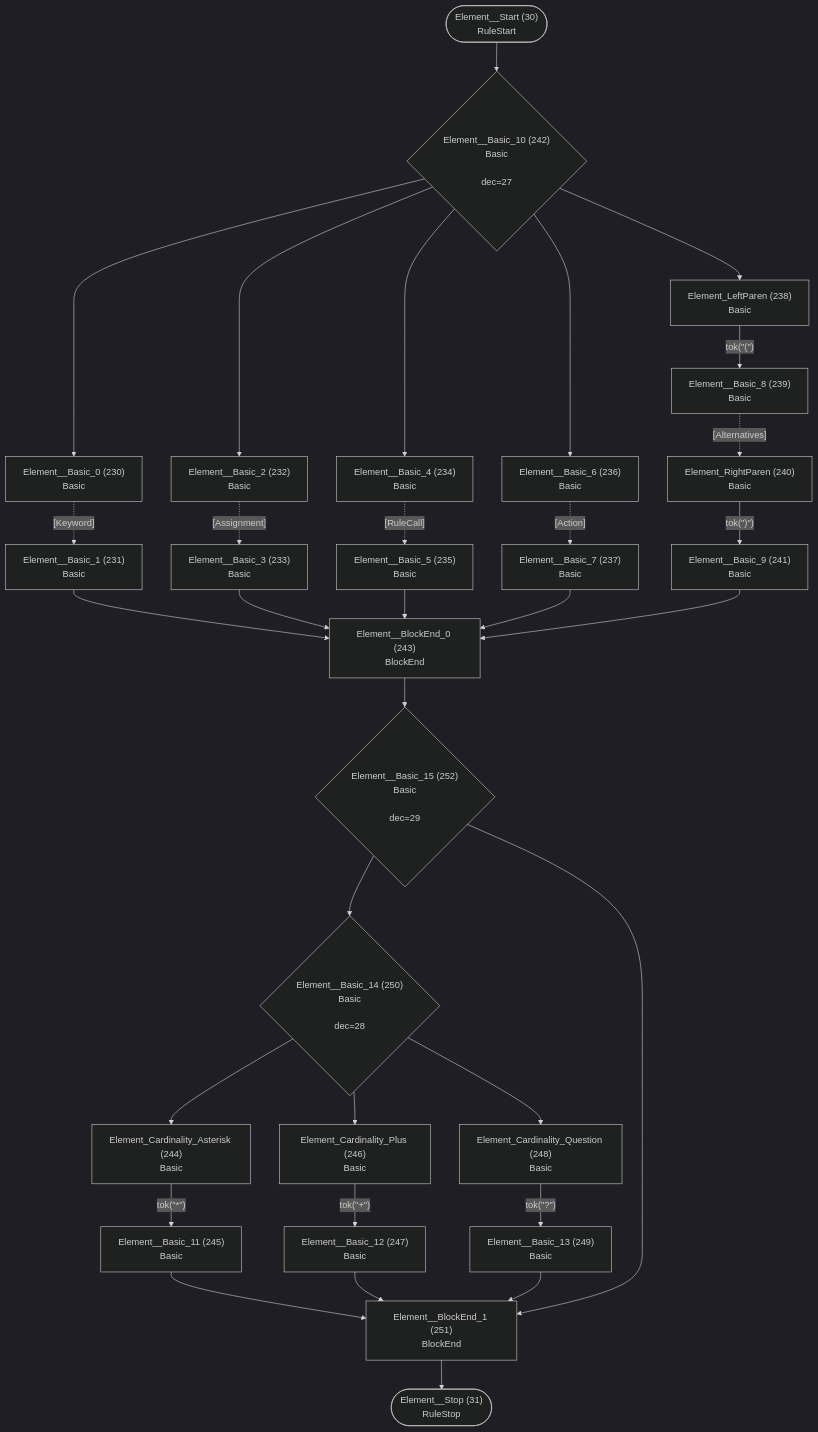
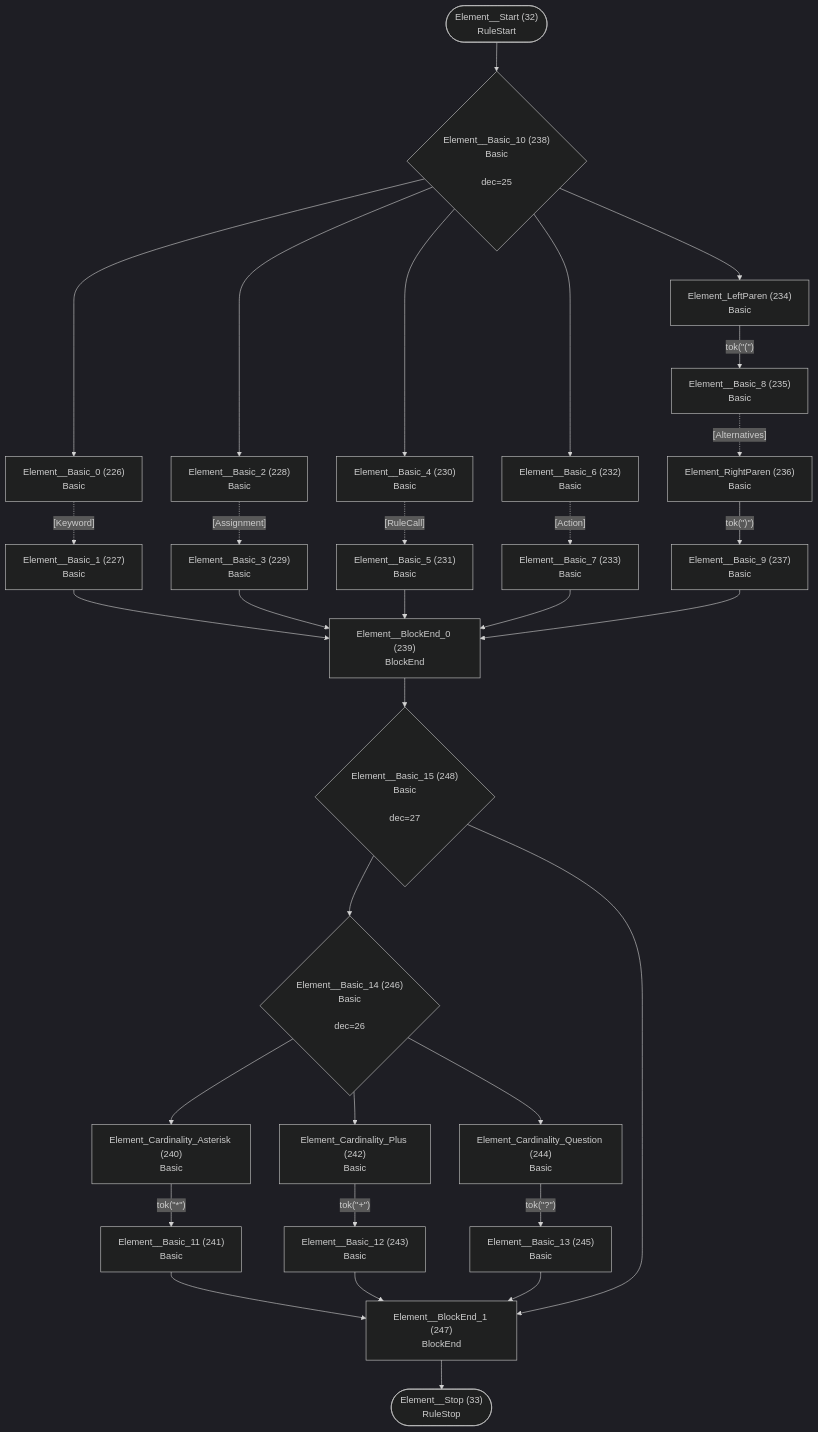
Before and after one commit to TypeFox/fastbelt: diagram 17 of 29 in internal/grammar/atn.md, drawn with Mermaid (dark theme). The commit also changed other lines of this file and 13 other files, not shown here.

````diff
--- a/internal/grammar/atn.md
+++ b/internal/grammar/atn.md
@@ -540,60 +535,60 @@
 ```mermaid
 flowchart TD
-    q30(["Element__Start (30)<br/>RuleStart"])
-    q31(["Element__Stop (31)<br/>RuleStop"])
-    q230["Element__Basic_0 (230)<br/>Basic<br/>"]
-    q231["Element__Basic_1 (231)<br/>Basic<br/>"]
-    q232["Element__Basic_2 (232)<br/>Basic<br/>"]
-    q233["Element__Basic_3 (233)<br/>Basic<br/>"]
-    q234["Element__Basic_4 (234)<br/>Basic<br/>"]
-    q235["Element__Basic_5 (235)<br/>Basic<br/>"]
-    q236["Element__Basic_6 (236)<br/>Basic<br/>"]
-    q237["Element__Basic_7 (237)<br/>Basic<br/>"]
-    q238["Element_LeftParen (238)<br/>Basic<br/>"]
-    q239["Element__Basic_8 (239)<br/>Basic<br/>"]
-    q240["Element_RightParen (240)<br/>Basic<br/>"]
-    q241["Element__Basic_9 (241)<br/>Basic<br/>"]
-    q242{"Element__Basic_10 (242)<br/>Basic<br/><br/>dec=27"}
-    q243["Element__BlockEnd_0 (243)<br/>BlockEnd<br/>"]
-    q244["Element_Cardinality_Asterisk (244)<br/>Basic<br/>"]
-    q245["Element__Basic_11 (245)<br/>Basic<br/>"]
-    q246["Element_Cardinality_Plus (246)<br/>Basic<br/>"]
-    q247["Element__Basic_12 (247)<br/>Basic<br/>"]
-    q248["Element_Cardinality_Question (248)<br/>Basic<br/>"]
-    q249["Element__Basic_13 (249)<br/>Basic<br/>"]
-    q250{"Element__Basic_14 (250)<br/>Basic<br/><br/>dec=28"}
-    q251["Element__BlockEnd_1 (251)<br/>BlockEnd<br/>"]
-    q252{"Element__Basic_15 (252)<br/>Basic<br/><br/>dec=29"}
+    q32(["Element__Start (32)<br/>RuleStart"])
+    q33(["Element__Stop (33)<br/>RuleStop"])
+    q226["Element__Basic_0 (226)<br/>Basic<br/>"]
+    q227["Element__Basic_1 (227)<br/>Basic<br/>"]
+    q228["Element__Basic_2 (228)<br/>Basic<br/>"]
+    q229["Element__Basic_3 (229)<br/>Basic<br/>"]
+    q230["Element__Basic_4 (230)<br/>Basic<br/>"]
+    q231["Element__Basic_5 (231)<br/>Basic<br/>"]
+    q232["Element__Basic_6 (232)<br/>Basic<br/>"]
+    q233["Element__Basic_7 (233)<br/>Basic<br/>"]
+    q234["Element_LeftParen (234)<br/>Basic<br/>"]
+    q235["Element__Basic_8 (235)<br/>Basic<br/>"]
+    q236["Element_RightParen (236)<br/>Basic<br/>"]
+    q237["Element__Basic_9 (237)<br/>Basic<br/>"]
+    q238{"Element__Basic_10 (238)<br/>Basic<br/><br/>dec=25"}
+    q239["Element__BlockEnd_0 (239)<br/>BlockEnd<br/>"]
+    q240["Element_Cardinality_Asterisk (240)<br/>Basic<br/>"]
+    q241["Element__Basic_11 (241)<br/>Basic<br/>"]
+    q242["Element_Cardinality_Plus (242)<br/>Basic<br/>"]
+    q243["Element__Basic_12 (243)<br/>Basic<br/>"]
+    q244["Element_Cardinality_Question (244)<br/>Basic<br/>"]
+    q245["Element__Basic_13 (245)<br/>Basic<br/>"]
+    q246{"Element__Basic_14 (246)<br/>Basic<br/><br/>dec=26"}
+    q247["Element__BlockEnd_1 (247)<br/>BlockEnd<br/>"]
+    q248{"Element__Basic_15 (248)<br/>Basic<br/><br/>dec=27"}
 
-    q30 --> q242
-    q230 -.->|"[Keyword]"| q231
-    q231 --> q243
-    q232 -.->|"[Assignment]"| q233
-    q233 --> q243
-    q234 -.->|"[RuleCall]"| q235
-    q235 --> q243
-    q236 -.->|"[Action]"| q237
-    q237 --> q243
-    q238 -->|"tok(&quot;(&quot;)"| q239
-    q239 -.->|"[Alternatives]"| q240
-    q240 -->|"tok(&quot;)&quot;)"| q241
-    q241 --> q243
-    q242 --> q230
-    q242 --> q232
-    q242 --> q234
-    q242 --> q236
-    q242 --> q238
-    q243 --> q252
-    q244 -->|"tok(&quot;*&quot;)"| q245
-    q245 --> q251
-    q246 -->|"tok(&quot;+&quot;)"| q247
-    q247 --> q251
-    q248 -->|"tok(&quot;?&quot;)"| q249
-    q249 --> q251
-    q250 --> q244
-    q250 --> q246
-    q250 --> q248
-    q251 --> q31
-    q252 --> q250
-    q252 --> q251
+    q32 --> q238
+    q226 -.->|"[Keyword]"| q227
+    q227 --> q239
+    q228 -.->|"[Assignment]"| q229
+    q229 --> q239
+    q230 -.->|"[RuleCall]"| q231
+    q231 --> q239
+    q232 -.->|"[Action]"| q233
+    q233 --> q239
+    q234 -->|"tok(&quot;(&quot;)"| q235
+    q235 -.->|"[Alternatives]"| q236
+    q236 -->|"tok(&quot;)&quot;)"| q237
+    q237 --> q239
+    q238 --> q226
+    q238 --> q228
+    q238 --> q230
+    q238 --> q232
+    q238 --> q234
+    q239 --> q248
+    q240 -->|"tok(&quot;*&quot;)"| q241
+    q241 --> q247
+    q242 -->|"tok(&quot;+&quot;)"| q243
+    q243 --> q247
+    q244 -->|"tok(&quot;?&quot;)"| q245
+    q245 --> q247
+    q246 --> q240
+    q246 --> q242
+    q246 --> q244
+    q247 --> q33
+    q248 --> q246
+    q248 --> q247
 ```
````
